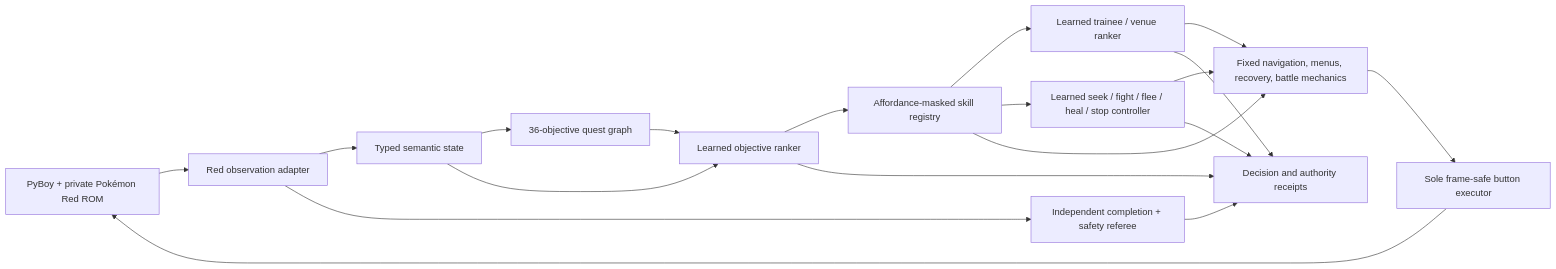
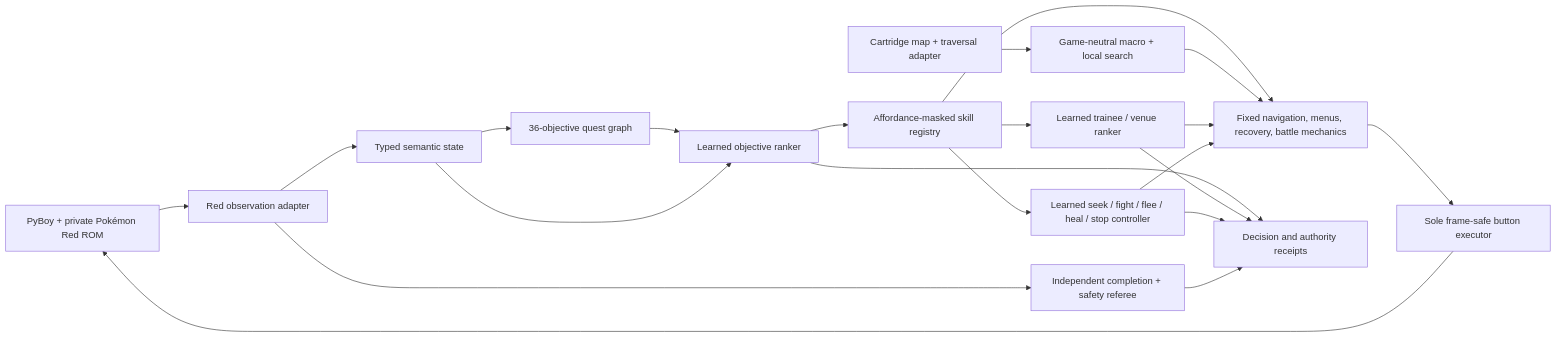
The first of 2 diagrams in docs/architecture.md (PeteAndrews1289/pokemon-red-completion-agent), drawn with Mermaid before and after one commit. The commit also changed other lines of this file and 11 other files, not shown here.

````diff
--- a/docs/architecture.md
+++ b/docs/architecture.md
@@ -14,23 +14,25 @@
 ```mermaid
 flowchart LR
     Game["PyBoy + private Pokémon Red ROM"] --> Adapter["Red observation adapter"]
     Adapter --> State["Typed semantic state"]
     State --> Graph["36-objective quest graph"]
     Graph --> Planner["Learned objective ranker"]
     State --> Planner
     Planner --> Skills["Affordance-masked skill registry"]
 
     Skills --> Strategy["Learned trainee / venue ranker"]
     Skills --> Control["Learned seek / fight / flee / heal / stop controller"]
     Skills --> Mechanics["Fixed navigation, menus, recovery, battle mechanics"]
+    Cartridge["Cartridge map + traversal adapter"] --> Router["Game-neutral macro + local search"]
+    Router --> Mechanics
     Strategy --> Mechanics
     Control --> Mechanics
     Mechanics --> Executor["Sole frame-safe button executor"]
     Executor --> Game
 
     Adapter --> Referee["Independent completion + safety referee"]
     Planner --> Evidence["Decision and authority receipts"]
     Strategy --> Evidence
     Control --> Evidence
     Referee --> Evidence
 ```
````
